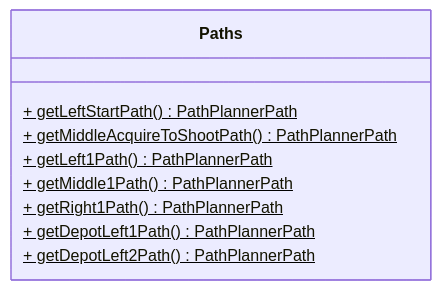
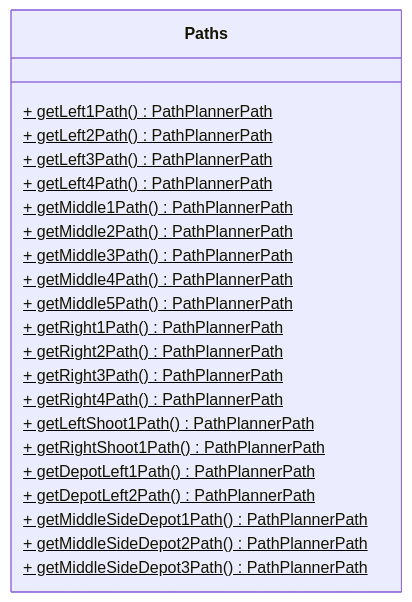
Before and after one commit to LakotaRobotics1038/2026RobotProject: the diagram in src/uml/frc/robot/autons/Paths.mmd, drawn with Mermaid. The commit also changed 14 other files, not shown here.

Commit message:
uml updates

```diff
--- a/src/uml/frc/robot/autons/Paths.mmd
+++ b/src/uml/frc/robot/autons/Paths.mmd
@@ -1,12 +1,25 @@
 classDiagram
   direction LR
 
   class Paths {
-    + getLeftStartPath()$ PathPlannerPath
-    + getMiddleAcquireToShootPath()$ PathPlannerPath
     + getLeft1Path()$ PathPlannerPath
+    + getLeft2Path()$ PathPlannerPath
+    + getLeft3Path()$ PathPlannerPath
+    + getLeft4Path()$ PathPlannerPath
     + getMiddle1Path()$ PathPlannerPath
+    + getMiddle2Path()$ PathPlannerPath
+    + getMiddle3Path()$ PathPlannerPath
+    + getMiddle4Path()$ PathPlannerPath
+    + getMiddle5Path()$ PathPlannerPath
     + getRight1Path()$ PathPlannerPath
+    + getRight2Path()$ PathPlannerPath
+    + getRight3Path()$ PathPlannerPath
+    + getRight4Path()$ PathPlannerPath
+    + getLeftShoot1Path()$ PathPlannerPath
+    + getRightShoot1Path()$ PathPlannerPath
     + getDepotLeft1Path()$ PathPlannerPath
     + getDepotLeft2Path()$ PathPlannerPath
+    + getMiddleSideDepot1Path()$ PathPlannerPath
+    + getMiddleSideDepot2Path()$ PathPlannerPath
+    + getMiddleSideDepot3Path()$ PathPlannerPath
   }
```
